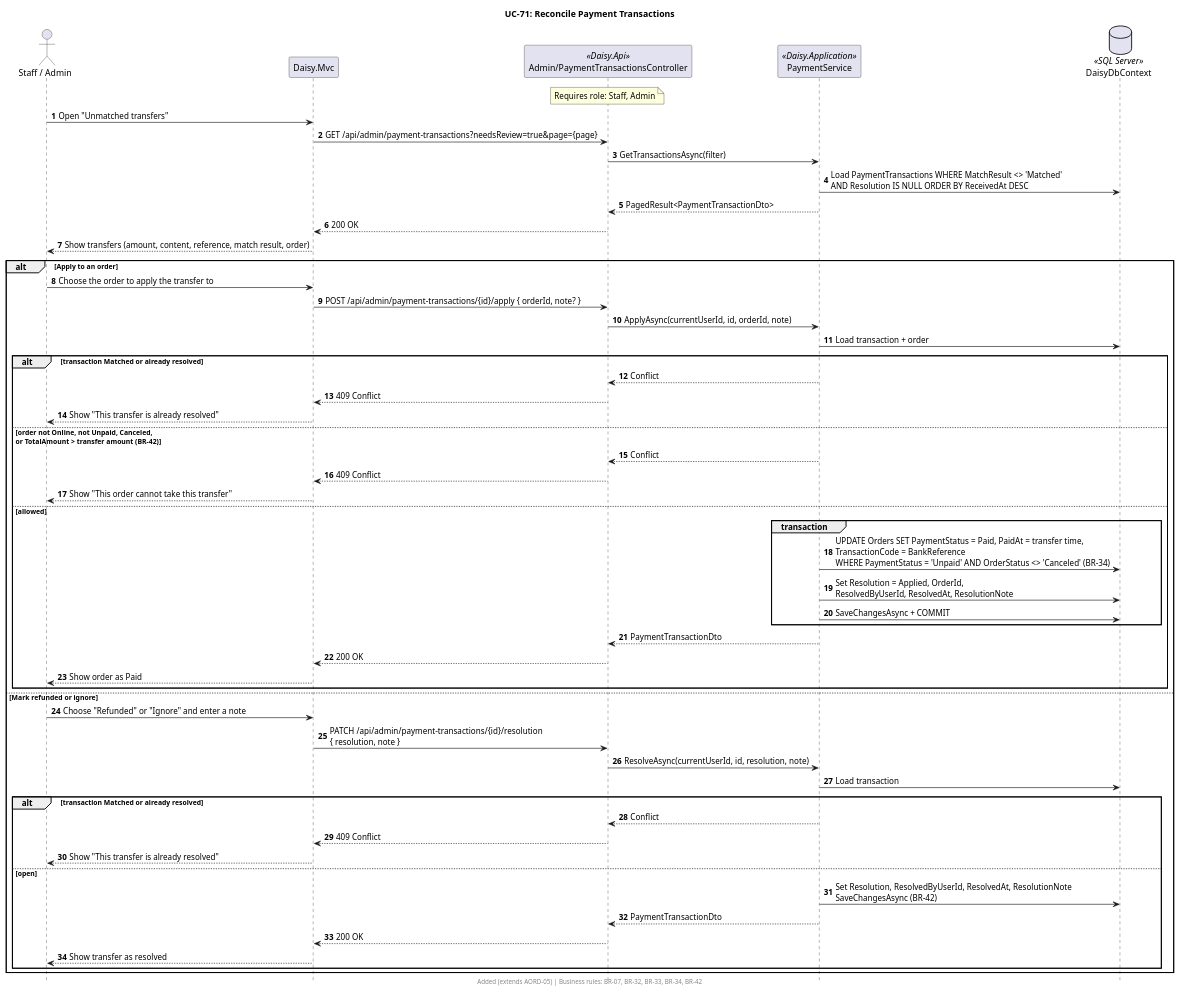
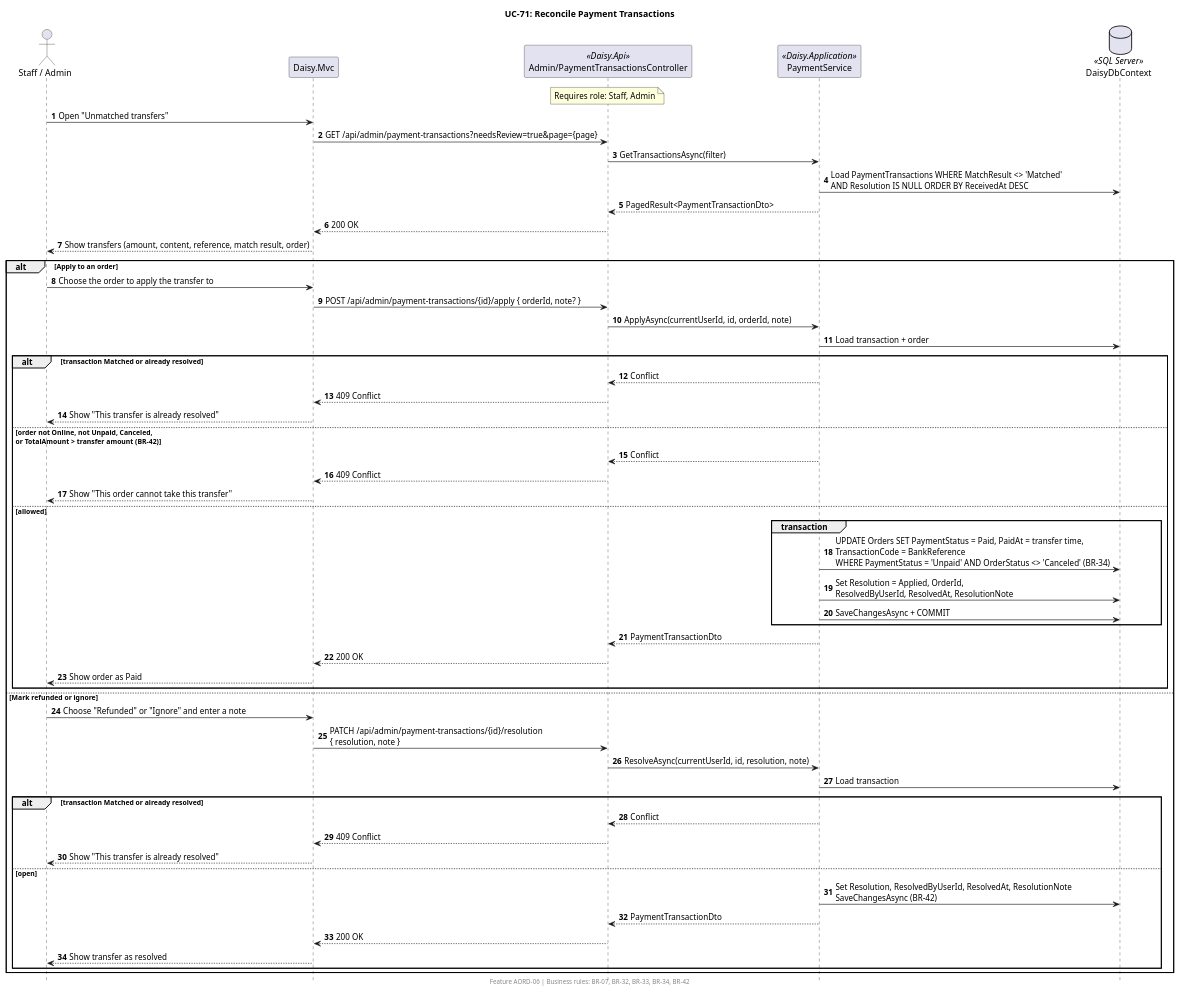
Before and after one commit to nilernous/daisy: the diagram in .claude/sequences/UC-71.puml, drawn with PlantUML. The commit also changed 274 other files, not shown here.

```diff
--- a/.claude/sequences/UC-71.puml
+++ b/.claude/sequences/UC-71.puml
@@ -1,65 +1,65 @@
 @startuml UC-71
 ' Use case: ../use-cases/UC-71.md
 title UC-71: Reconcile Payment Transactions
-footer Added (extends AORD-05) | Business rules: BR-07, BR-32, BR-33, BR-34, BR-42
+footer Feature AORD-06 | Business rules: BR-07, BR-32, BR-33, BR-34, BR-42
 autonumber
 hide footbox
 skinparam responseMessageBelowArrow true
 
 actor "Staff / Admin" as U
 participant "Daisy.Mvc" as MVC
 participant "Admin/PaymentTransactionsController" as API <<Daisy.Api>>
 participant "PaymentService" as SVC <<Daisy.Application>>
 database "DaisyDbContext" as DB <<SQL Server>>
 
 note over API : Requires role: Staff, Admin
 
 U -> MVC : Open "Unmatched transfers"
 MVC -> API : GET /api/admin/payment-transactions?needsReview=true&page={page}
 API -> SVC : GetTransactionsAsync(filter)
 SVC -> DB : Load PaymentTransactions WHERE MatchResult <> 'Matched'\nAND Resolution IS NULL ORDER BY ReceivedAt DESC
 SVC --> API : PagedResult<PaymentTransactionDto>
 API --> MVC : 200 OK
 MVC --> U : Show transfers (amount, content, reference, match result, order)
 
 alt Apply to an order
   U -> MVC : Choose the order to apply the transfer to
   MVC -> API : POST /api/admin/payment-transactions/{id}/apply { orderId, note? }
   API -> SVC : ApplyAsync(currentUserId, id, orderId, note)
   SVC -> DB : Load transaction + order
   alt transaction Matched or already resolved
     SVC --> API : Conflict
     API --> MVC : 409 Conflict
     MVC --> U : Show "This transfer is already resolved"
   else order not Online, not Unpaid, Canceled,\nor TotalAmount > transfer amount (BR-42)
     SVC --> API : Conflict
     API --> MVC : 409 Conflict
     MVC --> U : Show "This order cannot take this transfer"
   else allowed
     group transaction
       SVC -> DB : UPDATE Orders SET PaymentStatus = Paid, PaidAt = transfer time,\nTransactionCode = BankReference\nWHERE PaymentStatus = 'Unpaid' AND OrderStatus <> 'Canceled' (BR-34)
       SVC -> DB : Set Resolution = Applied, OrderId,\nResolvedByUserId, ResolvedAt, ResolutionNote
       SVC -> DB : SaveChangesAsync + COMMIT
     end
     SVC --> API : PaymentTransactionDto
     API --> MVC : 200 OK
     MVC --> U : Show order as Paid
   end
 else Mark refunded or ignore
   U -> MVC : Choose "Refunded" or "Ignore" and enter a note
   MVC -> API : PATCH /api/admin/payment-transactions/{id}/resolution\n{ resolution, note }
   API -> SVC : ResolveAsync(currentUserId, id, resolution, note)
   SVC -> DB : Load transaction
   alt transaction Matched or already resolved
     SVC --> API : Conflict
     API --> MVC : 409 Conflict
     MVC --> U : Show "This transfer is already resolved"
   else open
     SVC -> DB : Set Resolution, ResolvedByUserId, ResolvedAt, ResolutionNote\nSaveChangesAsync (BR-42)
     SVC --> API : PaymentTransactionDto
     API --> MVC : 200 OK
     MVC --> U : Show transfer as resolved
   end
 end
 
 @enduml
```
